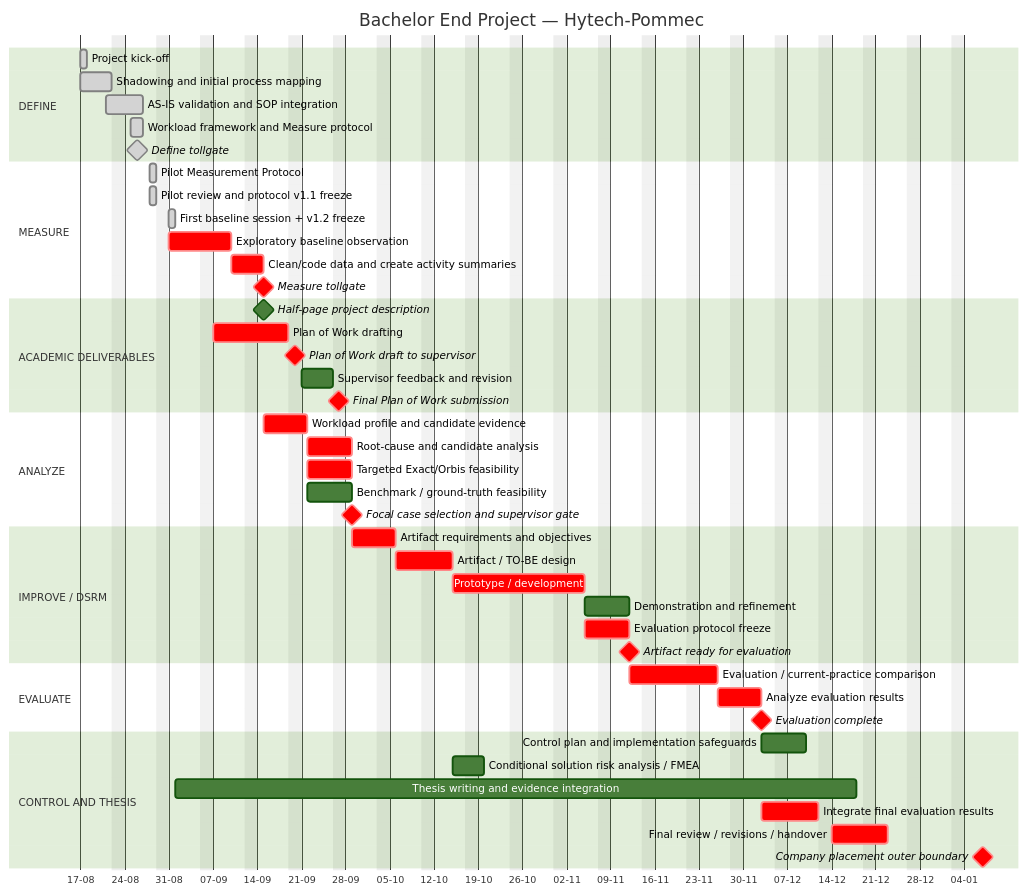
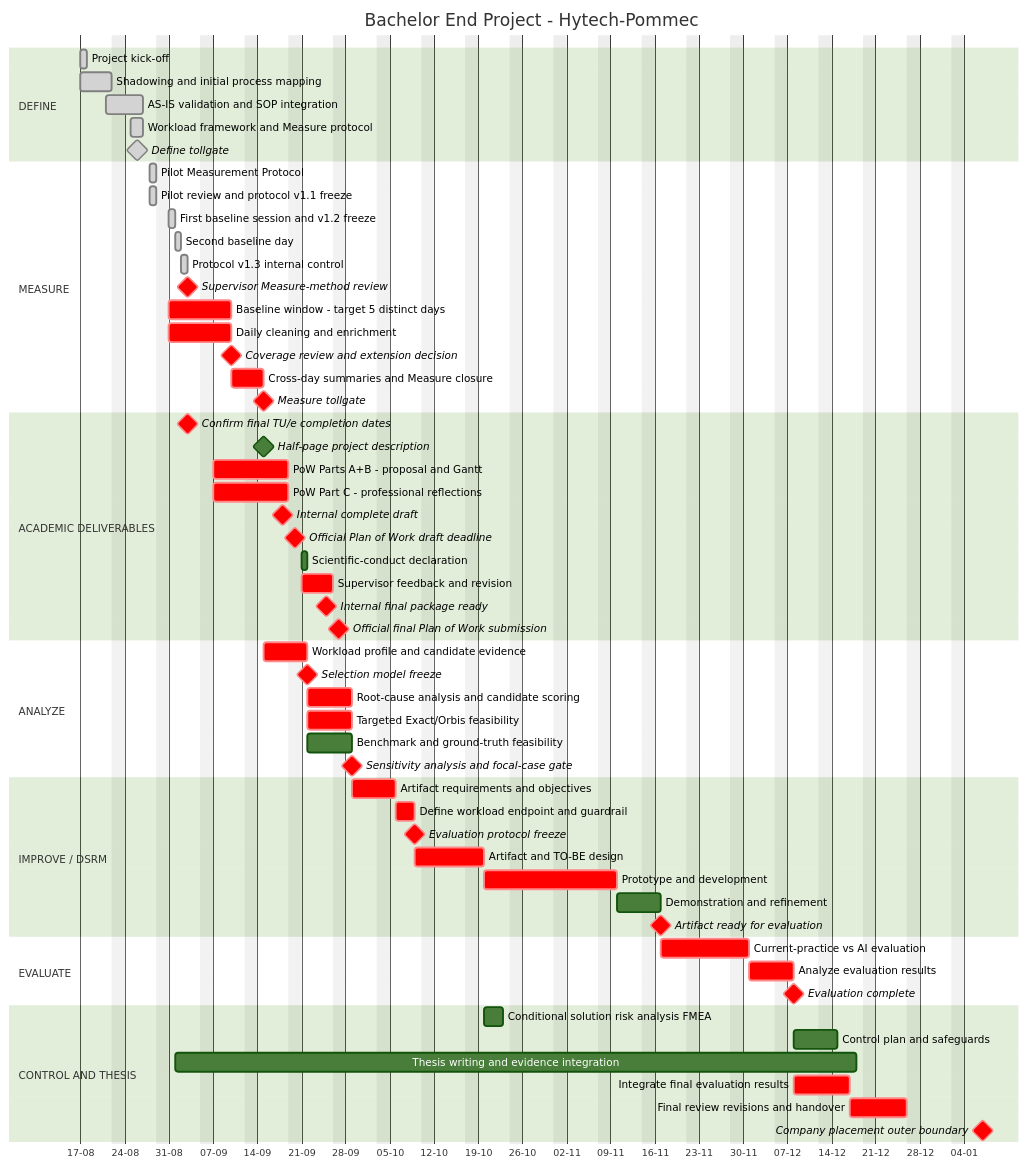
The diagram in docs/Project_Timeline.md (Luuuuuig/Bachelor-End-Project), drawn with Mermaid (forest theme) before and after one commit. The commit also changed other lines of this file and 19 other files, not shown here.

First line of the commit message:
Synchronize BEP methodology, Measure protocol, agenda, and planning

````diff
--- a/docs/Project_Timeline.md
+++ b/docs/Project_Timeline.md
@@ -24,59 +26,71 @@
 ```mermaid
 gantt
-    title Bachelor End Project — Hytech-Pommec
+    title Bachelor End Project - Hytech-Pommec
     dateFormat  YYYY-MM-DD
     axisFormat  %d-%m
     tickInterval 1week
     weekday monday
-    excludes    weekends
+    excludes weekends
 
     section DEFINE
     Project kick-off                         :done, d1, 2026-08-17, 1d
     Shadowing and initial process mapping    :done, d2, 2026-08-17, 5d
     AS-IS validation and SOP integration     :done, d3, 2026-08-21, 4d
     Workload framework and Measure protocol  :done, d4, 2026-08-25, 2d
     Define tollgate                          :milestone, done, dm, 2026-08-26, 0d
 
     section MEASURE
     Pilot Measurement Protocol               :done, m1, 2026-08-28, 1d
     Pilot review and protocol v1.1 freeze    :done, m2, 2026-08-28, 1d
-    First baseline session + v1.2 freeze       :done, m2b, 2026-08-31, 1d
-    Exploratory baseline observation         :crit, m3, 2026-08-31, 8d
-    Clean/code data and create activity summaries:crit, m4, after m3, 3d
-    Measure tollgate                         :milestone, crit, mm, after m4, 0d
+    First baseline session and v1.2 freeze   :done, m2b, 2026-08-31, 1d
+    Second baseline day                      :done, m2c, 2026-09-01, 1d
+    Protocol v1.3 internal control           :done, m2d, 2026-09-02, 1d
+    Supervisor Measure-method review         :milestone, crit, m2e, 2026-09-03, 0d
+    Baseline window - target 5 distinct days :crit, m3, 2026-08-31, 8d
+    Daily cleaning and enrichment            :crit, m4a, 2026-08-31, 8d
+    Coverage review and extension decision   :milestone, crit, m3a, after m3, 0d
+    Cross-day summaries and Measure closure  :crit, m4b, after m3a, 3d
+    Measure tollgate                         :milestone, crit, mm, after m4b, 0d
 
     section ACADEMIC DELIVERABLES
+    Confirm final TU/e completion dates      :milestone, crit, ad0, 2026-09-03, 0d
     Half-page project description            :milestone, ad1, 2026-09-15, 0d
-    Plan of Work drafting                    :crit, ad2, 2026-09-07, 10d
-    Plan of Work draft to supervisor         :milestone, crit, ad3, 2026-09-20, 0d
-    Supervisor feedback and revision         :ad4, 2026-09-21, 5d
-    Final Plan of Work submission            :milestone, crit, ad5, 2026-09-27, 0d
+    PoW Parts A+B - proposal and Gantt       :crit, ad2, 2026-09-07, 10d
+    PoW Part C - professional reflections    :crit, ad2b, 2026-09-07, 10d
+    Internal complete draft                  :milestone, crit, ad2c, 2026-09-18, 0d
+    Official Plan of Work draft deadline     :milestone, crit, ad3, 2026-09-20, 0d
+    Scientific-conduct declaration           :ad3b, 2026-09-21, 1d
+    Supervisor feedback and revision         :crit, ad4, 2026-09-21, 5d
+    Internal final package ready             :milestone, crit, ad4b, 2026-09-25, 0d
+    Official final Plan of Work submission   :milestone, crit, ad5, 2026-09-27, 0d
 
     section ANALYZE
-    Workload profile and candidate evidence  :crit, a1, after m4, 5d
-    Root-cause and candidate analysis        :crit, a2, after a1, 5d
+    Workload profile and candidate evidence  :crit, a1, after m4b, 5d
+    Selection model freeze                   :milestone, crit, a1b, after a1, 0d
+    Root-cause analysis and candidate scoring:crit, a2, after a1b, 5d
     Targeted Exact/Orbis feasibility         :crit, a3, after a1, 5d
-    Benchmark / ground-truth feasibility     :a4, after a1, 5d
-    Focal case selection and supervisor gate :milestone, crit, a5, after a2 a3 a4, 0d
+    Benchmark and ground-truth feasibility   :a4, after a1, 5d
+    Sensitivity analysis and focal-case gate :milestone, crit, a5, after a2 a3 a4, 0d
 
     section IMPROVE / DSRM
     Artifact requirements and objectives     :crit, i1, after a5, 5d
-    Artifact / TO-BE design                  :crit, i2, after i1, 7d
-    Prototype / development                  :crit, i3, after i2, 15d
+    Define workload endpoint and guardrail   :crit, i1b, after i1, 3d
+    Evaluation protocol freeze               :milestone, crit, i1c, after i1b, 0d
+    Artifact and TO-BE design                :crit, i2, after i1c, 7d
+    Prototype and development                :crit, i3, after i2, 15d
     Demonstration and refinement             :i4, after i3, 5d
-    Evaluation protocol freeze               :crit, i5, after i3, 5d
-    Artifact ready for evaluation            :milestone, crit, i6, after i4 i5, 0d
+    Artifact ready for evaluation            :milestone, crit, i6, after i4, 0d
 
     section EVALUATE
-    Evaluation / current-practice comparison :crit, e1, after i6, 10d
+    Current-practice vs AI evaluation        :crit, e1, after i6, 10d
     Analyze evaluation results               :crit, e2, after e1, 5d
     Evaluation complete                      :milestone, crit, e3, after e2, 0d
 
     section CONTROL AND THESIS
-    Control plan and implementation safeguards:c1, after e2, 5d
-    Conditional solution risk analysis / FMEA:c2, after i2, 3d
+    Conditional solution risk analysis FMEA :c2, after i2, 3d
+    Control plan and safeguards              :c1, after e2, 5d
     Thesis writing and evidence integration  :t1, 2026-09-01, 2026-12-18
-    Integrate final evaluation results        :crit, t2, after e2, 7d
-    Final review / revisions / handover       :crit, t3, after t2, 7d
-    Company placement outer boundary          :milestone, crit, t4, 2027-01-07, 0d
+    Integrate final evaluation results       :crit, t2, after e2, 7d
+    Final review revisions and handover      :crit, t3, after t2, 7d
+    Company placement outer boundary         :milestone, crit, t4, 2027-01-07, 0d
 ```
````
